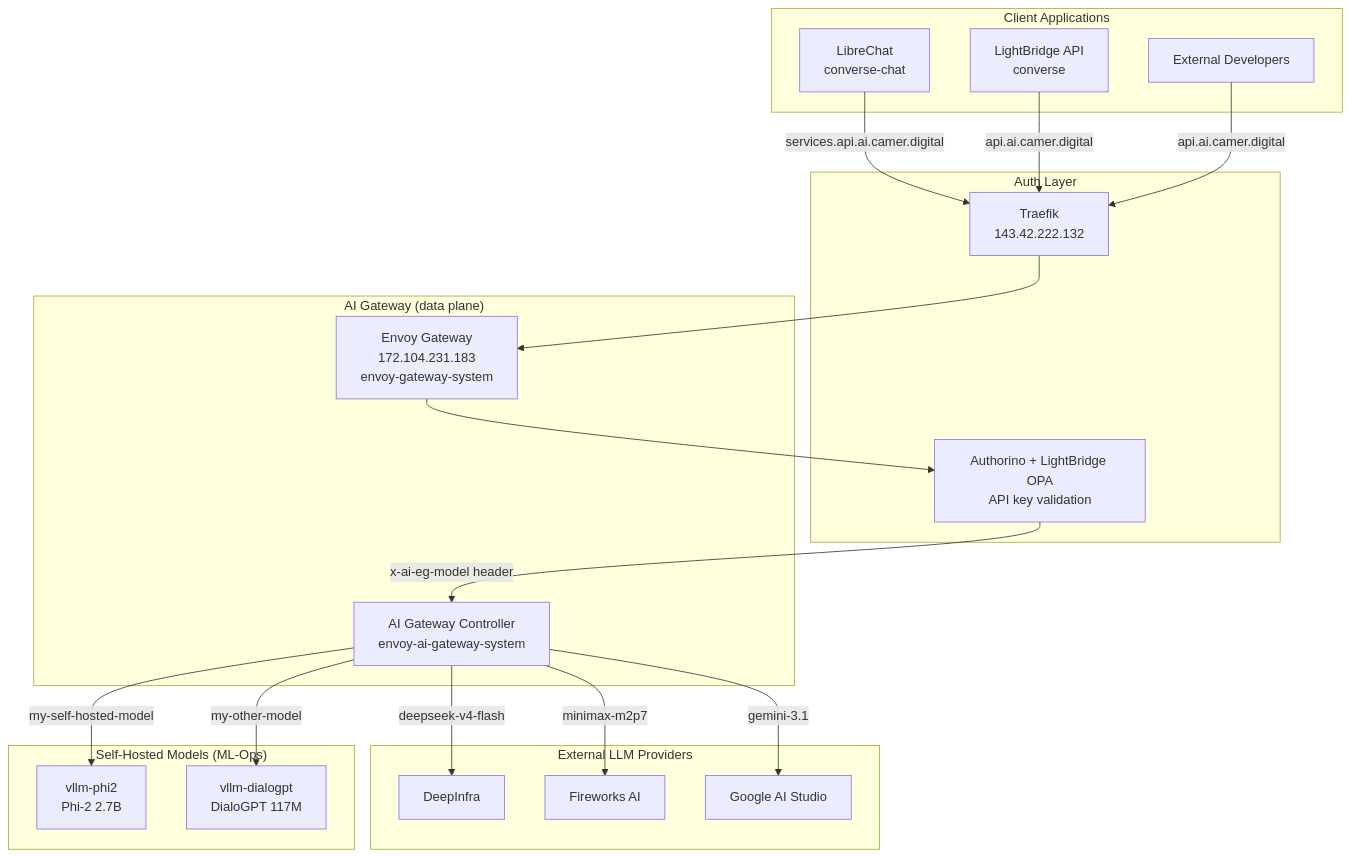
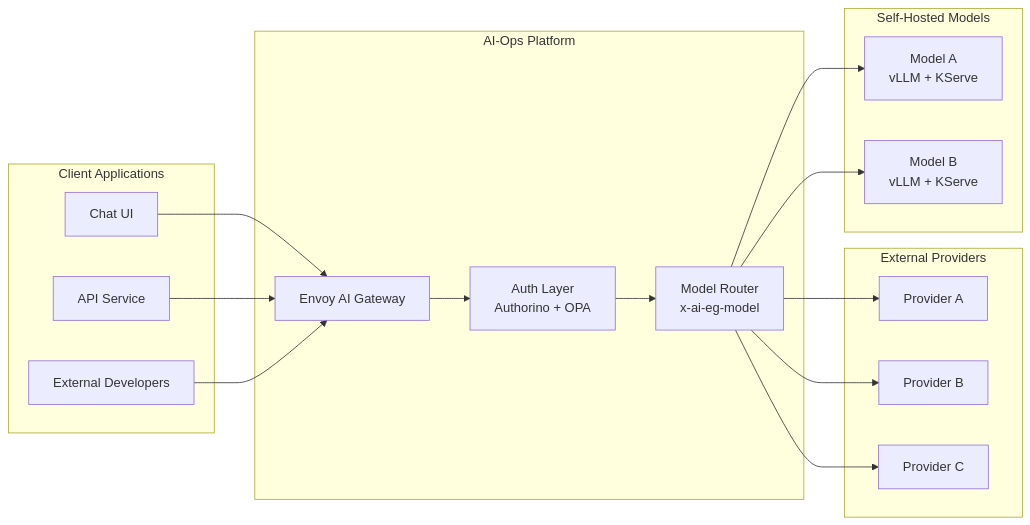
One commit to Dericko681/local-model-deployment changed the first of 3 diagrams in docs/ai-ops-integration.md. Above: the diagram before and after it, drawn with Mermaid. The commit also changed other lines of this file, not shown here.

Commit message:
remove specifi model names

````diff
--- a/docs/ai-ops-integration.md
+++ b/docs/ai-ops-integration.md
@@ -13,41 +13,36 @@
 ```mermaid
-flowchart TB
-    subgraph Apps["Client Applications"]
-        LC["LibreChat<br/>converse-chat"]
-        LB["LightBridge API<br/>converse"]
-        DEV["External Developers"]
+flowchart LR
+    subgraph Clients["Client Applications"]
+        APP1["Chat UI"]
+        APP2["API Service"]
+        APP3["External Developers"]
     end
 
-    subgraph Auth["Auth Layer"]
-        TR["Traefik<br/>143.42.222.132"]
-        AUTH["Authorino + LightBridge OPA<br/>API key validation"]
+    subgraph Ops["AI-Ops Platform"]
+        GW["Envoy AI Gateway"]
+        AUTH["Auth Layer<br/>Authorino + OPA"]
+        ROUTE["Model Router<br/>x-ai-eg-model"]
     end
 
-    subgraph Gateway["AI Gateway (data plane)"]
-        EGW["Envoy Gateway<br/>172.104.231.183<br/>envoy-gateway-system"]
-        AIGW["AI Gateway Controller<br/>envoy-ai-gateway-system"]
+    subgraph External["External Providers"]
+        EXT1["Provider A"]
+        EXT2["Provider B"]
+        EXT3["Provider C"]
     end
 
-    subgraph External["External LLM Providers"]
-        DI["DeepInfra"]
-        FW["Fireworks AI"]
-        GAS["Google AI Studio"]
+    subgraph Internal["Self-Hosted Models"]
+        M1["Model A<br/>vLLM + KServe"]
+        M2["Model B<br/>vLLM + KServe"]
     end
 
-    subgraph Internal["Self-Hosted Models (ML-Ops)"]
-        P2["vllm-phi2<br/>Phi-2 2.7B"]
-        D2["vllm-dialogpt<br/>DialoGPT 117M"]
-    end
-
-    LC -->|"services.api.ai.camer.digital"| TR
-    LB -->|"api.ai.camer.digital"| TR
-    DEV -->|"api.ai.camer.digital"| TR
-    TR --> EGW
-    EGW --> AUTH
-    AUTH -->|"x-ai-eg-model header"| AIGW
-    AIGW -->|"deepseek-v4-flash"| DI
-    AIGW -->|"minimax-m2p7"| FW
-    AIGW -->|"gemini-3.1"| GAS
-    AIGW -->|"my-self-hosted-model"| P2
-    AIGW -->|"my-other-model"| D2
+    APP1 --> GW
+    APP2 --> GW
+    APP3 --> GW
+    GW --> AUTH
+    AUTH --> ROUTE
+    ROUTE --> EXT1
+    ROUTE --> EXT2
+    ROUTE --> EXT3
+    ROUTE --> M1
+    ROUTE --> M2
 ```
````
